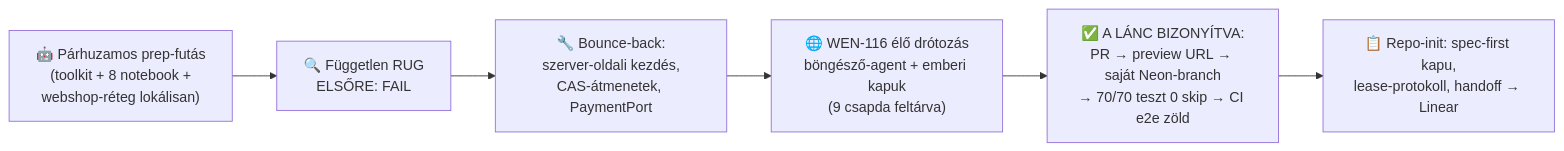
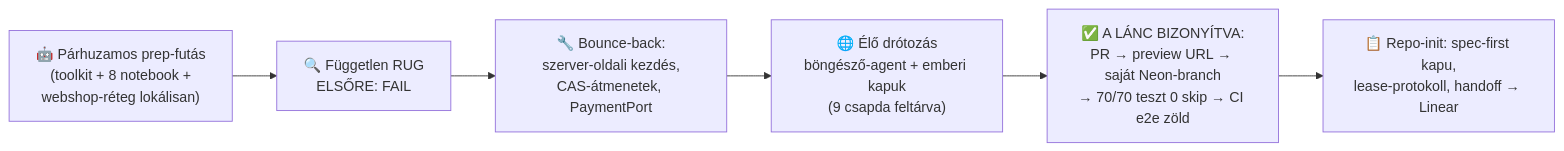
The first of 2 diagrams in materials/epitesi-naplo/day-3.md (cspiya/wshp-ai-dev-2026), drawn with Mermaid before and after one commit. The commit also changed other lines of this file and 37 other files, not shown here.

````diff
--- a/materials/epitesi-naplo/day-3.md
+++ b/materials/epitesi-naplo/day-3.md
@@ -15,8 +16,8 @@
 ```mermaid
 flowchart LR
     P["🤖 Párhuzamos prep-futás<br/>(toolkit + 8 notebook +<br/>webshop-réteg lokálisan)"] --> R["🔍 Független RUG<br/>ELSŐRE: FAIL"]
     R --> F["🔧 Bounce-back:<br/>szerver-oldali kezdés,<br/>CAS-átmenetek, PaymentPort"]
-    F --> W["🌐 WEN-116 élő drótozás<br/>böngésző-agent + emberi kapuk<br/>(9 csapda feltárva)"]
+    F --> W["🌐 Élő drótozás<br/>böngésző-agent + emberi kapuk<br/>(9 csapda feltárva)"]
     W --> PROOF["✅ A LÁNC BIZONYÍTVA:<br/>PR → preview URL → saját Neon-branch<br/>→ 70/70 teszt 0 skip → CI e2e zöld"]
     PROOF --> OPS["📋 Repo-init: spec-first kapu,<br/>lease-protokoll, handoff → Linear"]
 ```
````
